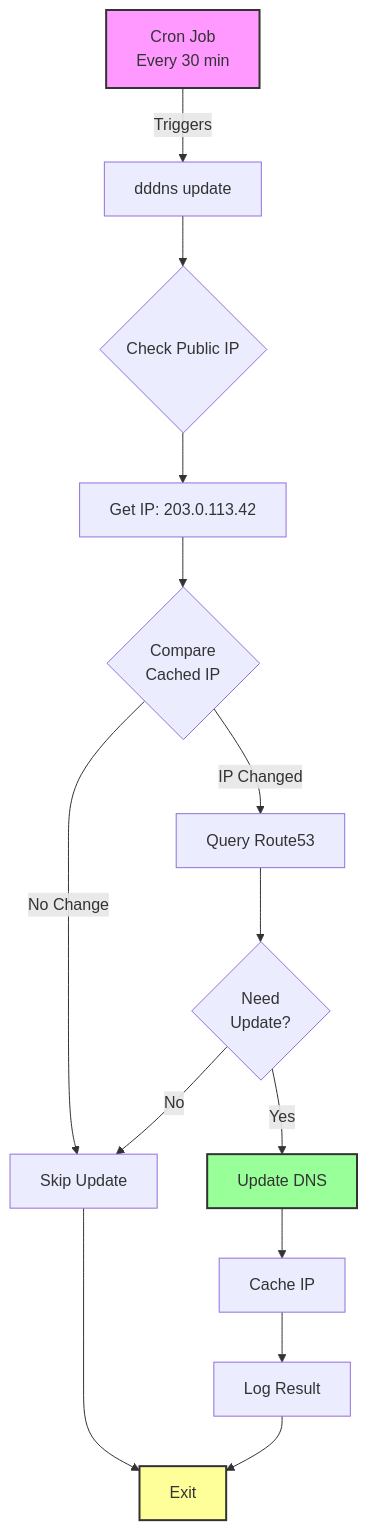
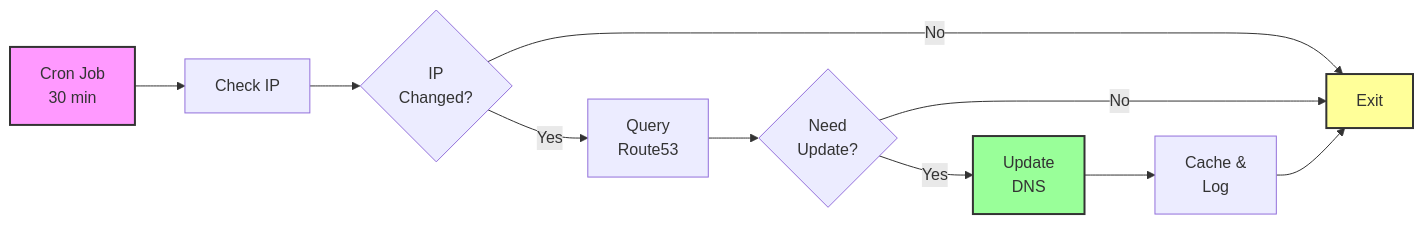
The diagram in README.md (descoped/dddns), drawn with Mermaid before and after one commit.

Commit message:
docs: create compact horizontal mermaid diagram

````diff
--- a/README.md
+++ b/README.md
@@ -98,22 +98,16 @@
 ```mermaid
-graph TD
-    A[Cron Job<br/>Every 30 min] -->|Triggers| B[dddns update]
-    B --> C{Check Public IP}
-
-    C --> D[Get IP: 203.0.113.42]
-    D --> E{Compare<br/>Cached IP}
-    E -->|No Change| G[Skip Update]
-    E -->|IP Changed| F[Query Route53]
-    F --> H{Need<br/>Update?}
-    H -->|No| G
-    H -->|Yes| I[Update DNS]
-    I --> J[Cache IP]
-    J --> K[Log Result]
-
-    G --> L[Exit]
-    K --> L
+graph LR
+    A[Cron Job<br/>30 min] --> B[Check IP]
+    B --> C{IP<br/>Changed?}
+    C -->|No| D[Exit]
+    C -->|Yes| E[Query<br/>Route53]
+    E --> F{Need<br/>Update?}
+    F -->|No| D
+    F -->|Yes| G[Update<br/>DNS]
+    G --> H[Cache &<br/>Log]
+    H --> D
 
     style A fill:#f9f,stroke:#333,stroke-width:2px
-    style I fill:#9f9,stroke:#333,stroke-width:2px
-    style L fill:#ff9,stroke:#333,stroke-width:2px
+    style G fill:#9f9,stroke:#333,stroke-width:2px
+    style D fill:#ff9,stroke:#333,stroke-width:2px
 ```
````
